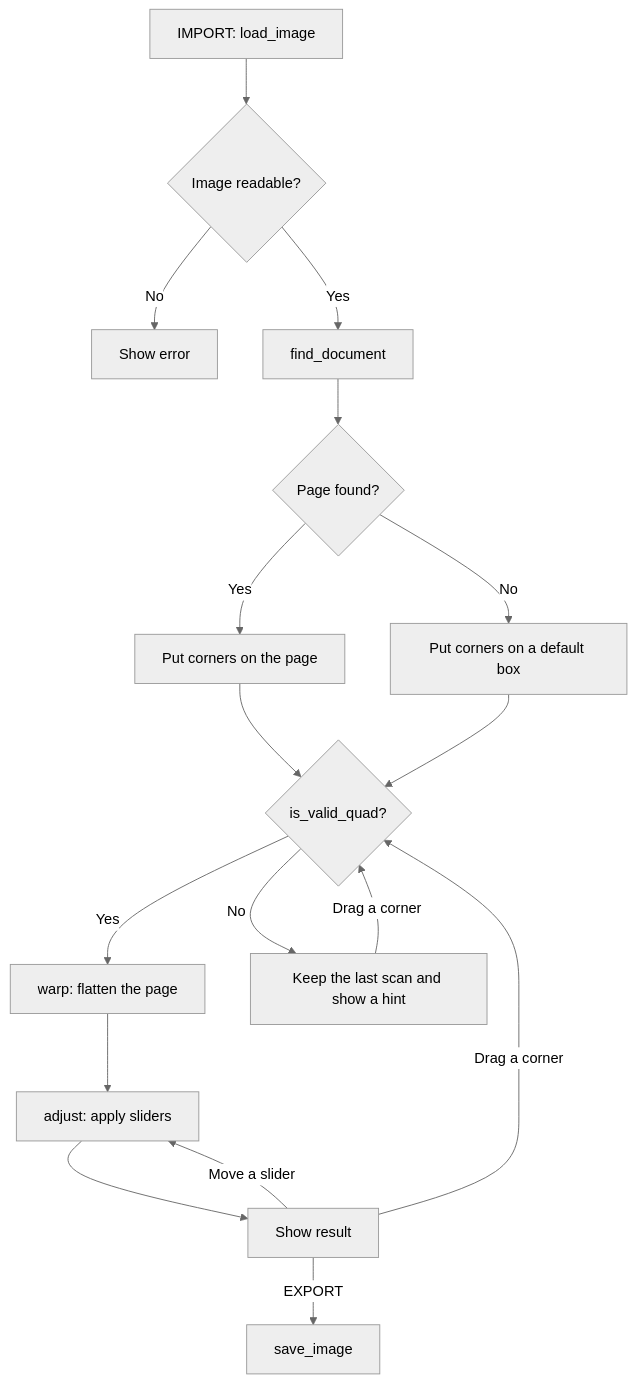
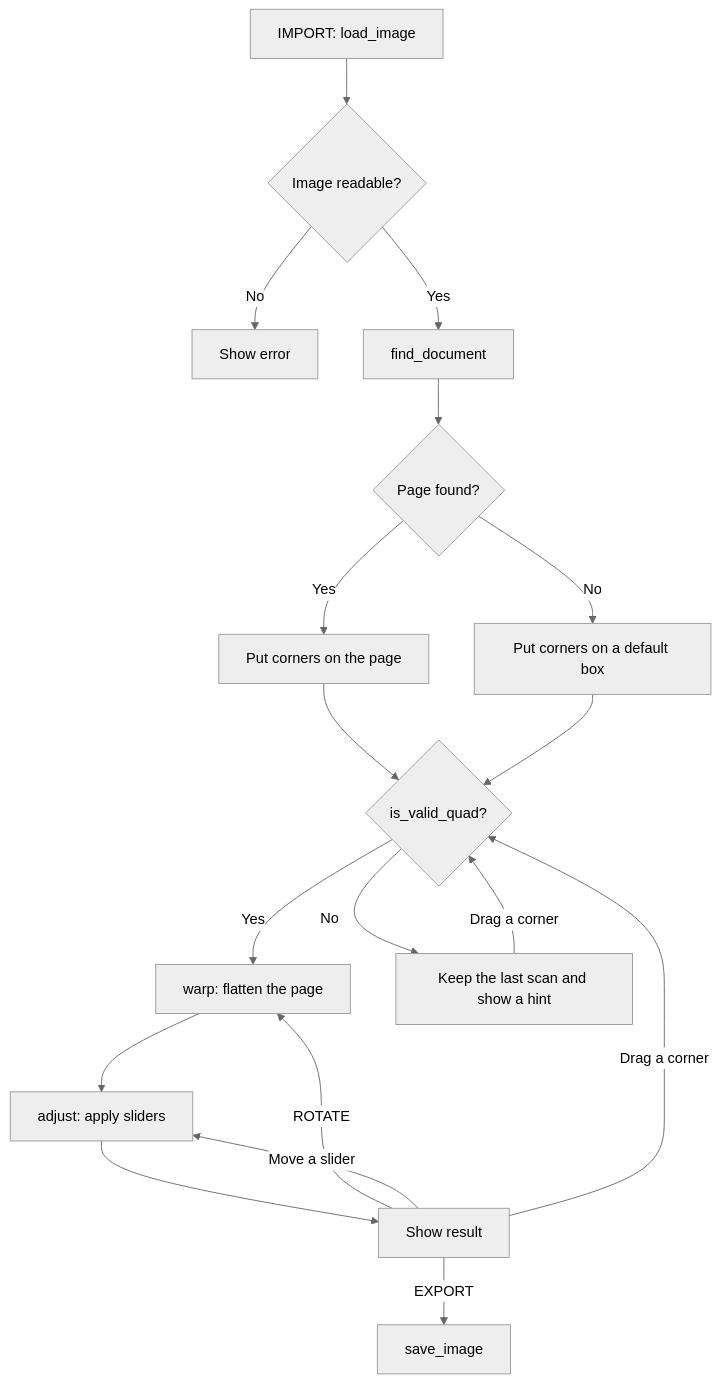
Before and after one commit to worapon-st/document-scanner: the diagram in readme.md, drawn with Mermaid (neutral theme). The commit also changed other lines of this file and 3 other files, not shown here.

````diff
--- a/readme.md
+++ b/readme.md
@@ -40,22 +41,23 @@
 ```mermaid
 flowchart TD
     import["IMPORT: load_image"] --> readable{"Image readable?"}
     readable -- No --> error["Show error"]
     readable -- Yes --> detect["find_document"]
 
     detect --> found{"Page found?"}
     found -- Yes --> onpage["Put corners on the page"]
     found -- No --> box["Put corners on a default box"]
 
     onpage --> valid{"is_valid_quad?"}
     box --> valid
     valid -- Yes --> warp["warp: flatten the page"]
     valid -- No --> keep["Keep the last scan and show a hint"]
 
     warp --> adjust["adjust: apply sliders"]
     adjust --> result["Show result"]
+    result -- ROTATE --> warp
     result -- Move a slider --> adjust
     result -- Drag a corner --> valid
     keep -- Drag a corner --> valid
     result -- EXPORT --> save["save_image"]
 ```
````
